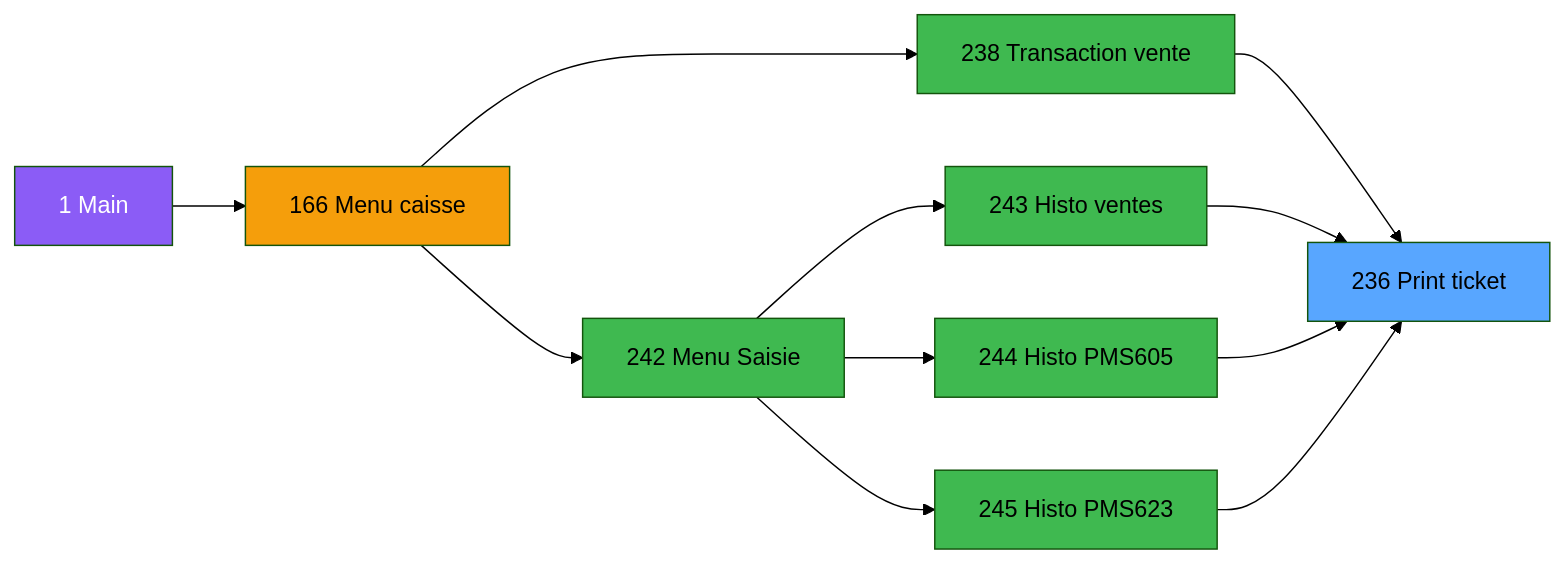
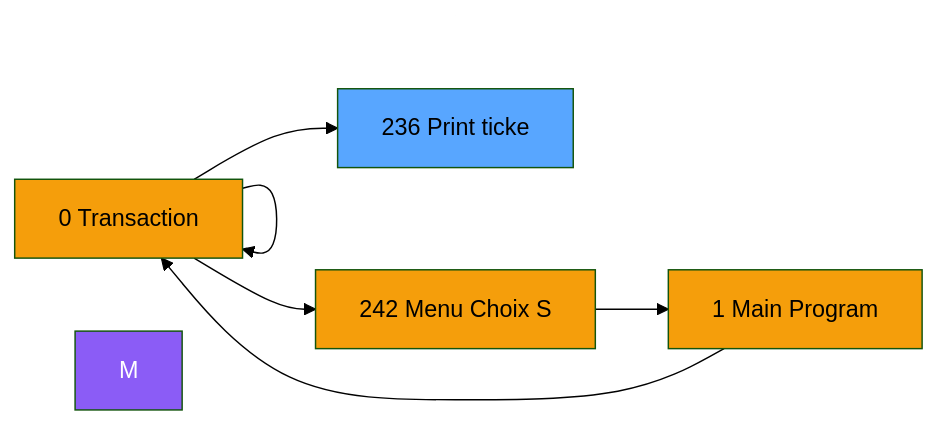
Before and after one commit to thonyAGP/lecteur-magic: the second of 3 diagrams in .openspec/renders/ADH-IDE-236.md, drawn with Mermaid (forest theme). The commit also changed other lines of this file and 325 other files, not shown here.

````diff
--- a/.openspec/renders/ADH-IDE-236.md
+++ b/.openspec/renders/ADH-IDE-236.md
@@ -166,31 +139,21 @@
 ```mermaid
 graph LR
-    M[1 Main]
-    M166[166 Menu caisse]
-    M238[238 Transaction vente]
-    M242[242 Menu Saisie]
-    M243[243 Histo ventes]
-    M244[244 Histo PMS605]
-    M245[245 Histo PMS623]
-    T[236 Print ticket]
-
-    M --> M166
-    M166 --> M238
-    M166 --> M242
-    M242 --> M243
-    M242 --> M244
-    M242 --> M245
-    M238 --> T
-    M243 --> T
-    M244 --> T
-    M245 --> T
-
+    N0[0 Transaction ]
+    N0[0 Transaction ]
+    N242[242 Menu Choix S]
+    N1[1 Main Program]
+    N0[0 Transaction ]
+    T[236  Print ticke]
+    N0 --> N0
+    N0 --> N242
+    N242 --> N1
+    N1 --> N0
+    N0 --> T
     style M fill:#8b5cf6,color:#fff
-    style M166 fill:#f59e0b,color:#000
+    style N0 fill:#f59e0b
+    style N0 fill:#f59e0b
+    style N242 fill:#f59e0b
+    style N1 fill:#f59e0b
+    style N0 fill:#f59e0b
     style T fill:#58a6ff,color:#000
-    style M238 fill:#3fb950,color:#000
-    style M242 fill:#3fb950,color:#000
-    style M243 fill:#3fb950,color:#000
-    style M244 fill:#3fb950,color:#000
-    style M245 fill:#3fb950,color:#000
 ```
````
